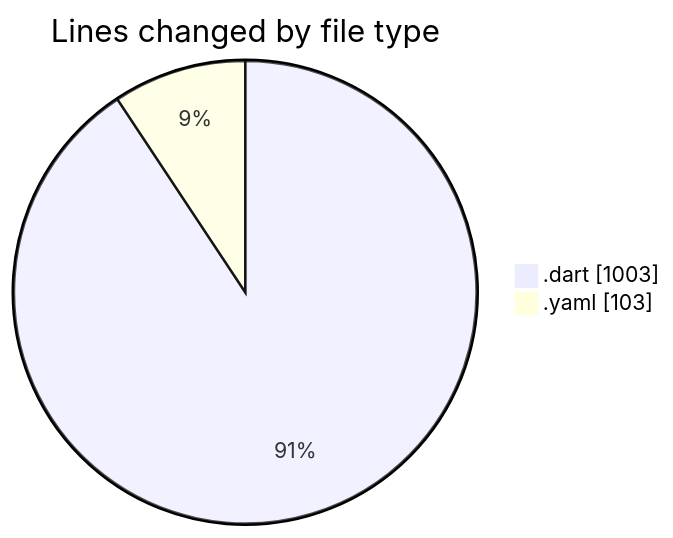
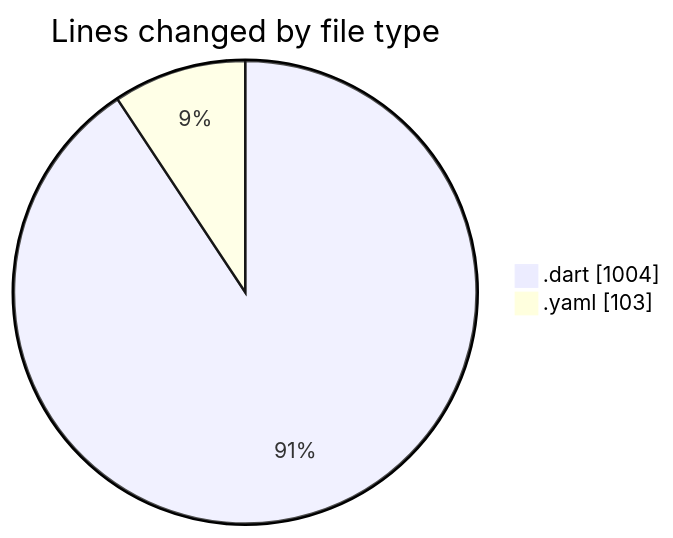
Before and after one commit to donsfak/code-tracking: the first of 2 diagrams in 2025-02-25/trackers_app/README.md, drawn with Mermaid. The commit also changed other lines of this file and 1 other file, not shown here.

````diff
--- a/2025-02-25/trackers_app/README.md
+++ b/2025-02-25/trackers_app/README.md
@@ -25,6 +25,6 @@
 ```mermaid
 pie showData
 title Lines changed by file type
-".dart" : 1003
+".dart" : 1004
 ".yaml" : 103
 ```
````
